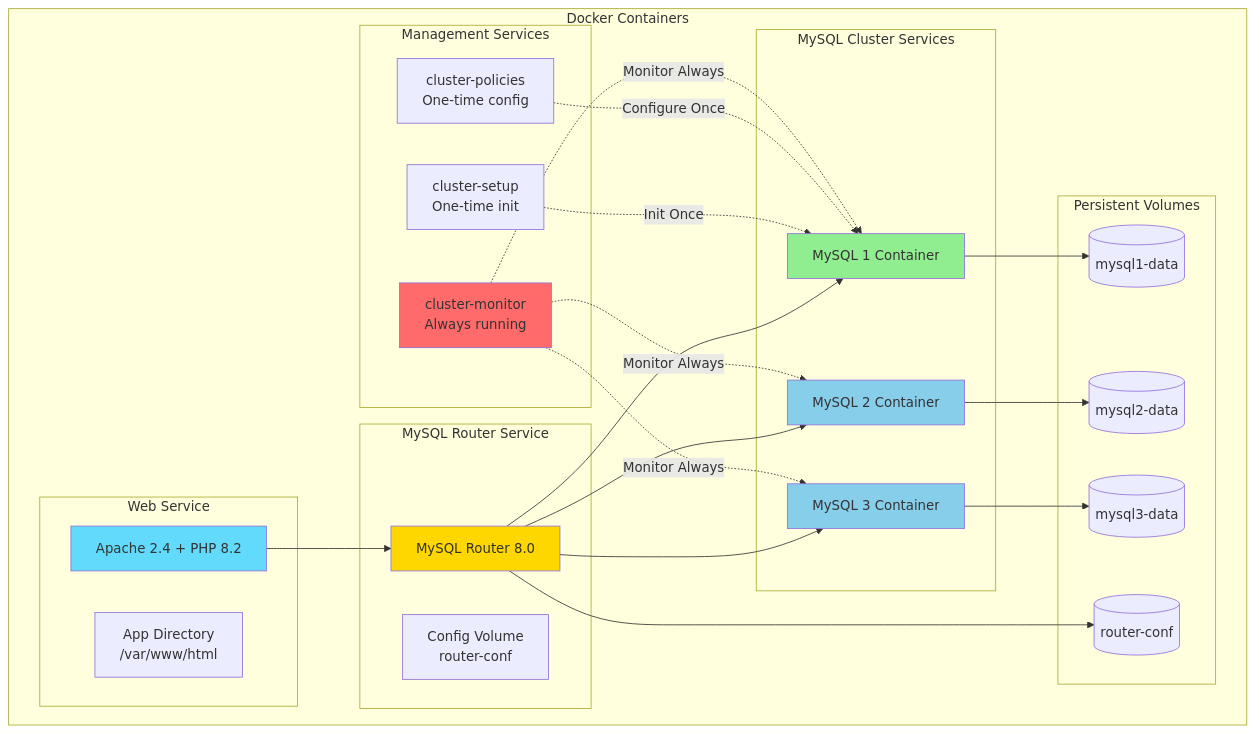
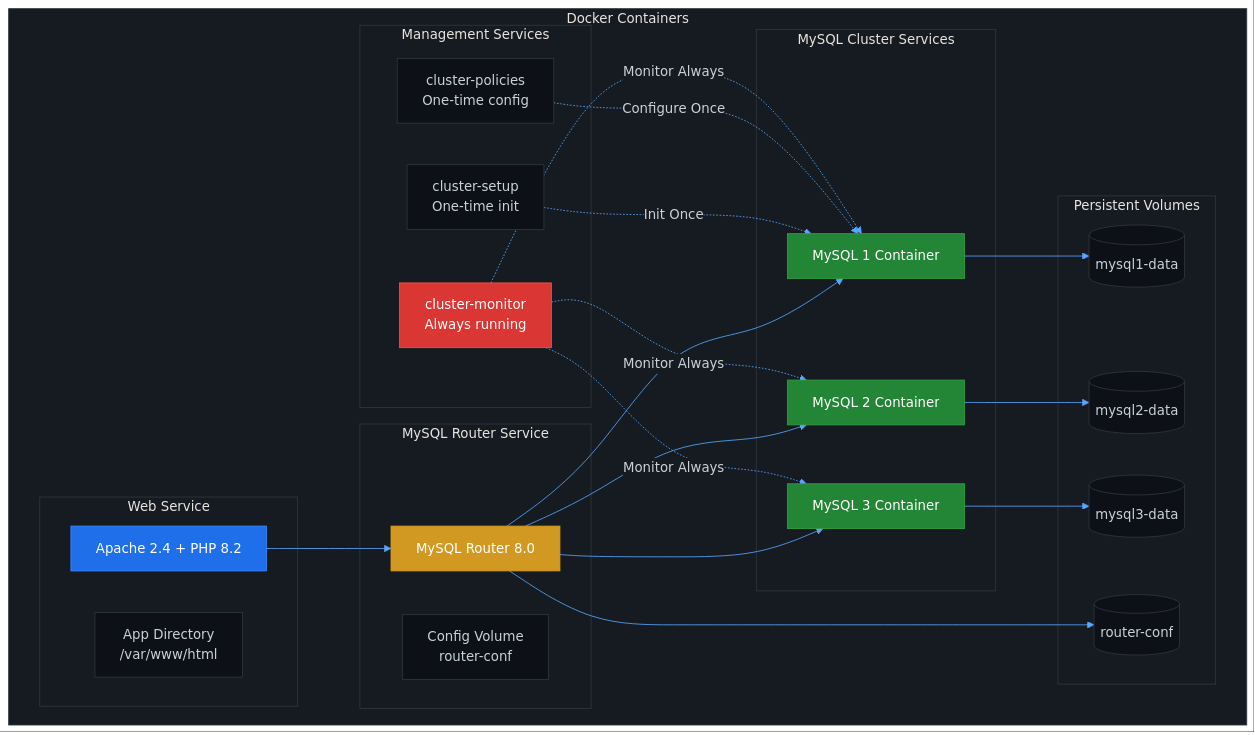
Before and after one commit to JoaquinLoaizaUCSM/sistema-gestion-sobretiempos-ha: the second of 13 diagrams in docs/ARQUITECTURA.md, drawn with Mermaid. The commit also changed other lines of this file and 2 other files, not shown here.

Commit message:
Docs: Update diagrams for dark mode and refresh README

````diff
--- a/docs/ARQUITECTURA.md
+++ b/docs/ARQUITECTURA.md
@@ -77,56 +78,57 @@
 ```mermaid
+%%{init: {'theme': 'base', 'themeVariables': { 'primaryColor': '#0d1117', 'primaryTextColor': '#c9d1d9', 'primaryBorderColor': '#30363d', 'lineColor': '#58a6ff', 'secondaryColor': '#161b22', 'tertiaryColor': '#161b22', 'mainBkg': '#0d1117', 'nodeBorder': '#30363d', 'clusterBkg': '#161b22', 'clusterBorder': '#30363d', 'defaultLinkColor': '#58a6ff', 'fontFamily': 'arial', 'fontSize': '16px'}}}%%
 graph TB
     subgraph "Docker Containers"
         subgraph "Web Service"
             W[Apache 2.4 + PHP 8.2]
             WD[App Directory<br/>/var/www/html]
         end
         
         subgraph "MySQL Router Service"
             R[MySQL Router 8.0]
             RC[Config Volume<br/>router-conf]
         end
         
         subgraph "MySQL Cluster Services"
             M1C[MySQL 1 Container]
             M2C[MySQL 2 Container]
             M3C[MySQL 3 Container]
         end
         
         subgraph "Management Services"
             SETUP[cluster-setup<br/>One-time init]
             POLICIES[cluster-policies<br/>One-time config]
             MONITOR[cluster-monitor<br/>Always running]
         end
         
         subgraph "Persistent Volumes"
             V1[(mysql1-data)]
             V2[(mysql2-data)]
             V3[(mysql3-data)]
             VR[(router-conf)]
         end
     end
     
     W --> R
     R --> M1C
     R --> M2C
     R --> M3C
     
     M1C --> V1
     M2C --> V2
     M3C --> V3
     R --> VR
     
     SETUP -.->|Init Once| M1C
     POLICIES -.->|Configure Once| M1C
     MONITOR -.->|Monitor Always| M1C
     MONITOR -.->|Monitor Always| M2C
     MONITOR -.->|Monitor Always| M3C
     
-    style W fill:#61DAFB
-    style R fill:#FFD700
-    style M1C fill:#90EE90
-    style M2C fill:#87CEEB
-    style M3C fill:#87CEEB
-    style MONITOR fill:#FF6B6B
+    style W fill:#1f6feb,stroke:#388bfd,color:#ffffff
+    style R fill:#d29922,stroke:#d29922,color:#ffffff
+    style M1C fill:#238636,stroke:#2ea043,color:#ffffff
+    style M2C fill:#238636,stroke:#2ea043,color:#ffffff
+    style M3C fill:#238636,stroke:#2ea043,color:#ffffff
+    style MONITOR fill:#da3633,stroke:#f85149,color:#ffffff
 ```
````
